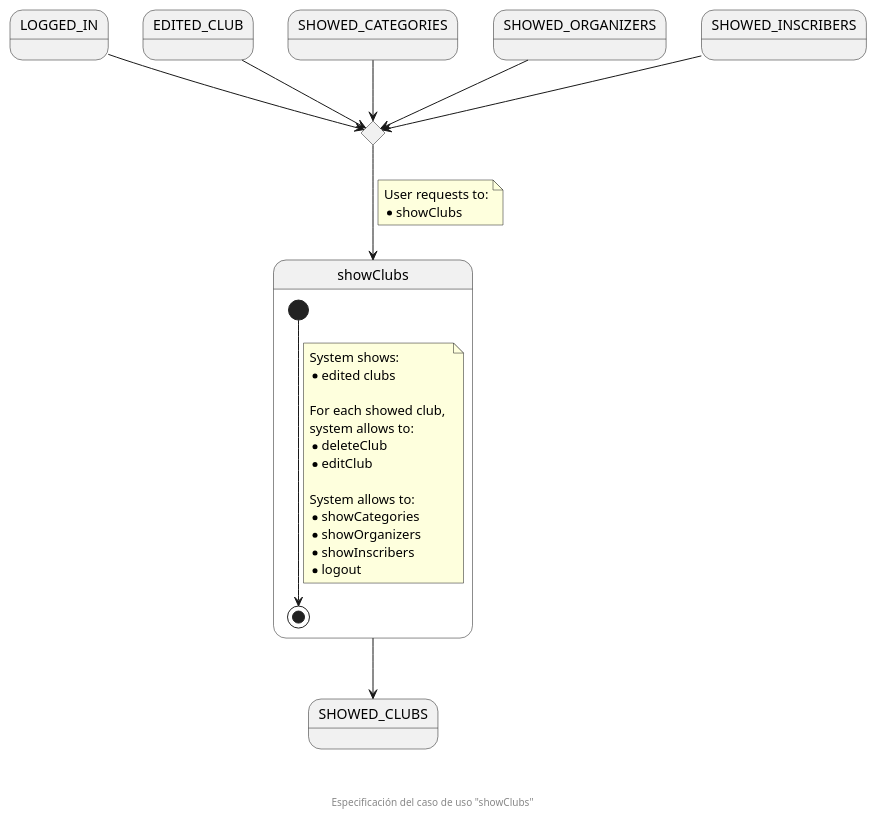
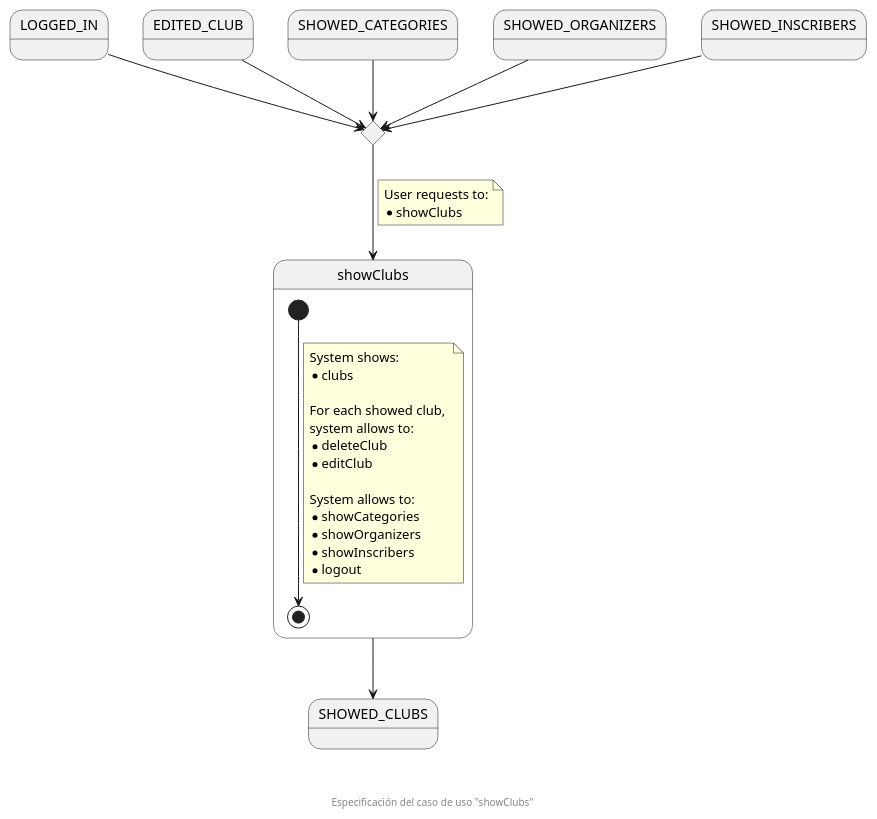
One commit to zuldare/mastercloud_pfm_halterocms changed the diagram in documentation/diagrams/1_requirements/3_useCasesSpecification/organizationSecretary/04_showClubs.puml. Above: the diagram before and after it, drawn with PlantUML.

Commit message:
Fix showClubs, changing 'edited clubs' message

```diff
--- a/documentation/diagrams/1_requirements/3_useCasesSpecification/organizationSecretary/04_showClubs.puml
+++ b/documentation/diagrams/1_requirements/3_useCasesSpecification/organizationSecretary/04_showClubs.puml
@@ -1,44 +1,44 @@
 @startuml
 state LOGGED_IN
 state EDITED_CLUB
 state SHOWED_CATEGORIES
 state SHOWED_ORGANIZERS
 state SHOWED_INSCRIBERS
 
 state enterShowClubsCHC <<choice>>
 
 state showClubs {
   [*] --> [*]
   note on link
     System shows:
-    * edited clubs
+    * clubs
 
     For each showed club, 
     system allows to:
     * deleteClub
     * editClub
 
     System allows to:
     * showCategories
     * showOrganizers
     * showInscribers
     * logout
   end note
 }
 state SHOWED_CLUBS
 
 LOGGED_IN --> enterShowClubsCHC
 EDITED_CLUB --> enterShowClubsCHC
 SHOWED_CATEGORIES --> enterShowClubsCHC
 SHOWED_ORGANIZERS --> enterShowClubsCHC
 SHOWED_INSCRIBERS --> enterShowClubsCHC
 
 enterShowClubsCHC --> showClubs
 note on link
   User requests to:
   * showClubs
 end note
 showClubs --> SHOWED_CLUBS
 
 footer \n\n\n Especificación del caso de uso "showClubs"
 @enduml
```
